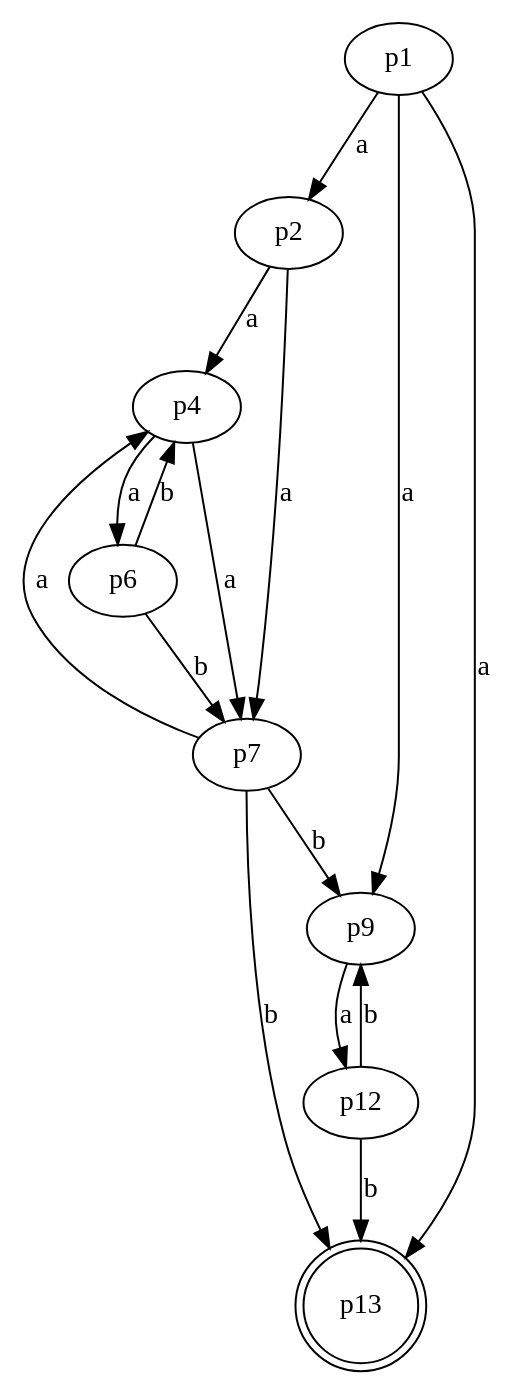
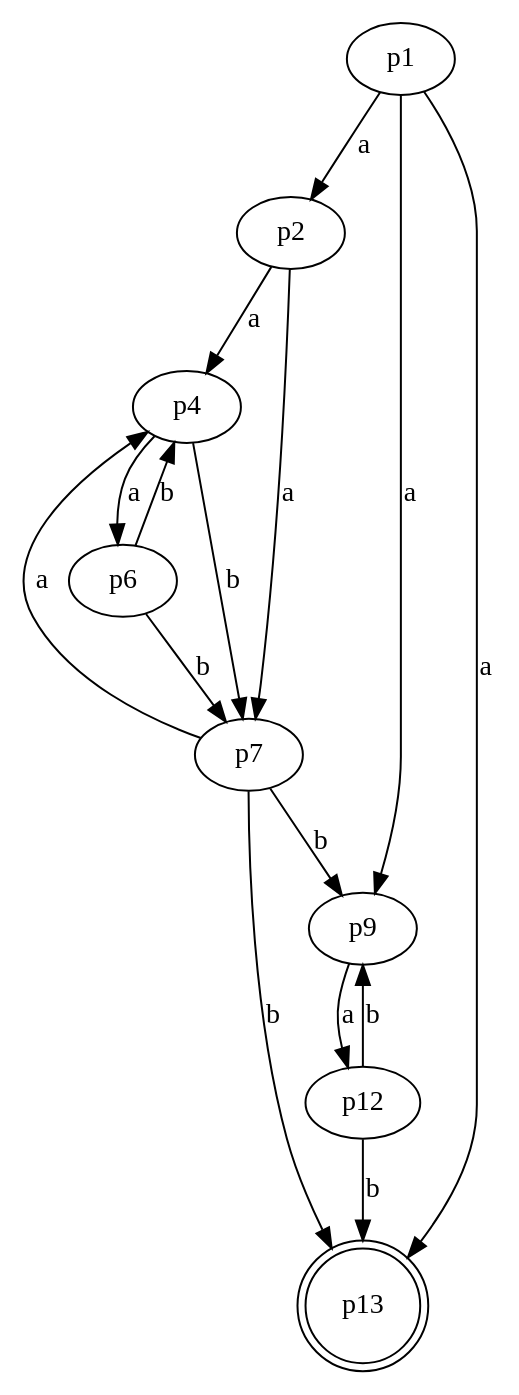
The diagram in Task3/3_2(del).gv (NRU-MPEI-IMAI/git-Edmelissa), drawn with Graphviz before and after one commit.

```diff
--- a/Task3/3_2(del).gv
+++ b/Task3/3_2(del).gv
@@ -1,34 +1,34 @@
 digraph G 
 {
     n1 [label = p1]
     n2 [label = p2]
     n4 [label = p4]
     n6 [label = p6]
     n7 [label = p7]
     n9 [label = p9]
     n12 [label = p12]
     n13[label = p13, shape = doublecircle]
 
 
     n1 -> n2 [label = "a"]
     n1 -> n9 [label = "a"]
     n1 -> n13 [label = "a"]
     
     n2 -> n4 [label = "a"]
     n2 -> n7 [label = "a"]
     
     n4 -> n6 [label = "a"]
-    n4 -> n7 [label = "a"]
+    n4 -> n7 [label = "b"]
     
     n6 -> n4 [label = "b"]
     n6 -> n7 [label = "b"]
     
     n7 -> n4 [label = "a"]
     n7 -> n9 [label = "b"]
     n7 -> n13 [label = "b"]
     
     n9 -> n12 [label = "a"]
     
     n12 -> n13 [label = "b"]
     n12 -> n9 [label = "b"]
 }
```
